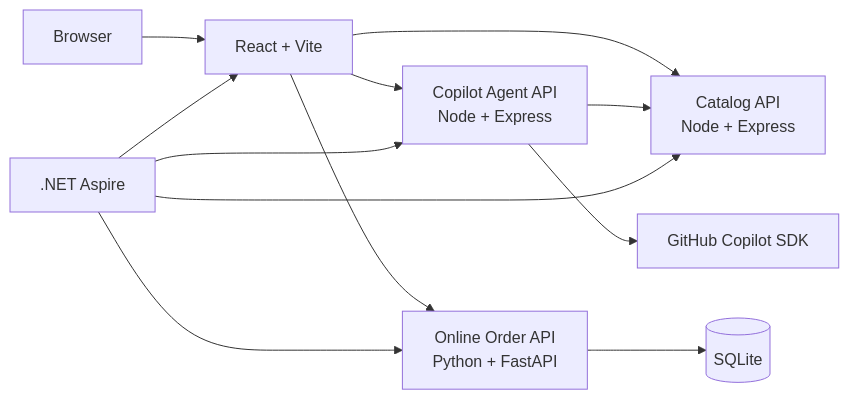
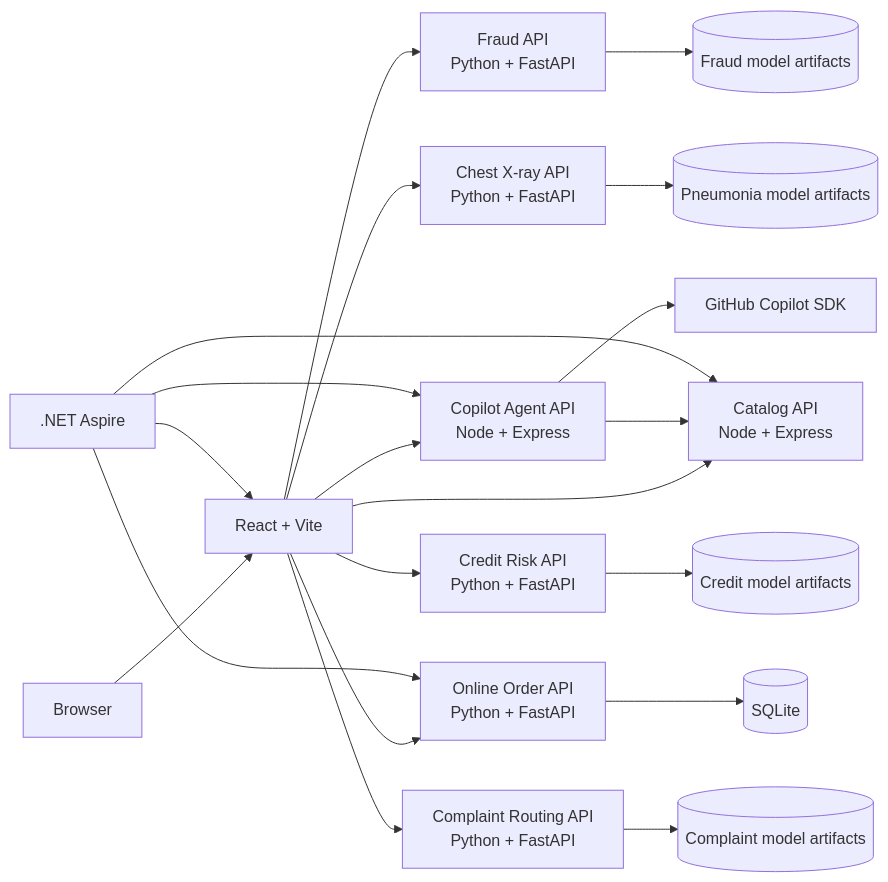
One commit to maoyuexin/applied-ai-studio changed the diagram in README.md. Above: the diagram before and after it, drawn with Mermaid. The commit also changed other lines of this file and 241 other files, not shown here.

````diff
--- a/README.md
+++ b/README.md
@@ -36,14 +39,22 @@
 ```mermaid
 flowchart LR
     Browser[Browser] --> Web[React + Vite]
     Web --> Catalog[Catalog API<br/>Node + Express]
     Web --> Agent[Copilot Agent API<br/>Node + Express]
     Web --> Orders[Online Order API<br/>Python + FastAPI]
+    Web --> Fraud[Fraud API<br/>Python + FastAPI]
+    Web --> Pneumonia[Chest X-ray API<br/>Python + FastAPI]
+    Web --> Credit[Credit Risk API<br/>Python + FastAPI]
+    Web --> Complaints[Complaint Routing API<br/>Python + FastAPI]
     Agent --> Copilot[GitHub Copilot SDK]
     Agent --> Catalog
     Orders --> SQLite[(SQLite)]
+    Fraud --> FraudArtifacts[(Fraud model artifacts)]
+    Pneumonia --> ImageArtifacts[(Pneumonia model artifacts)]
+    Credit --> CreditArtifacts[(Credit model artifacts)]
+    Complaints --> ComplaintArtifacts[(Complaint model artifacts)]
     Aspire[.NET Aspire] --> Web
     Aspire --> Catalog
     Aspire --> Agent
     Aspire --> Orders
 ```
````
